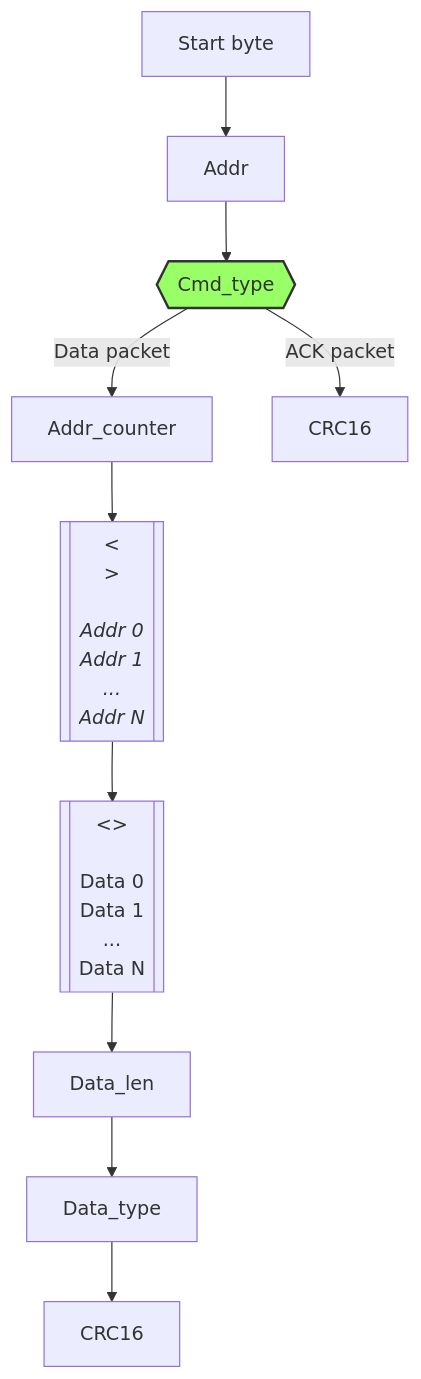
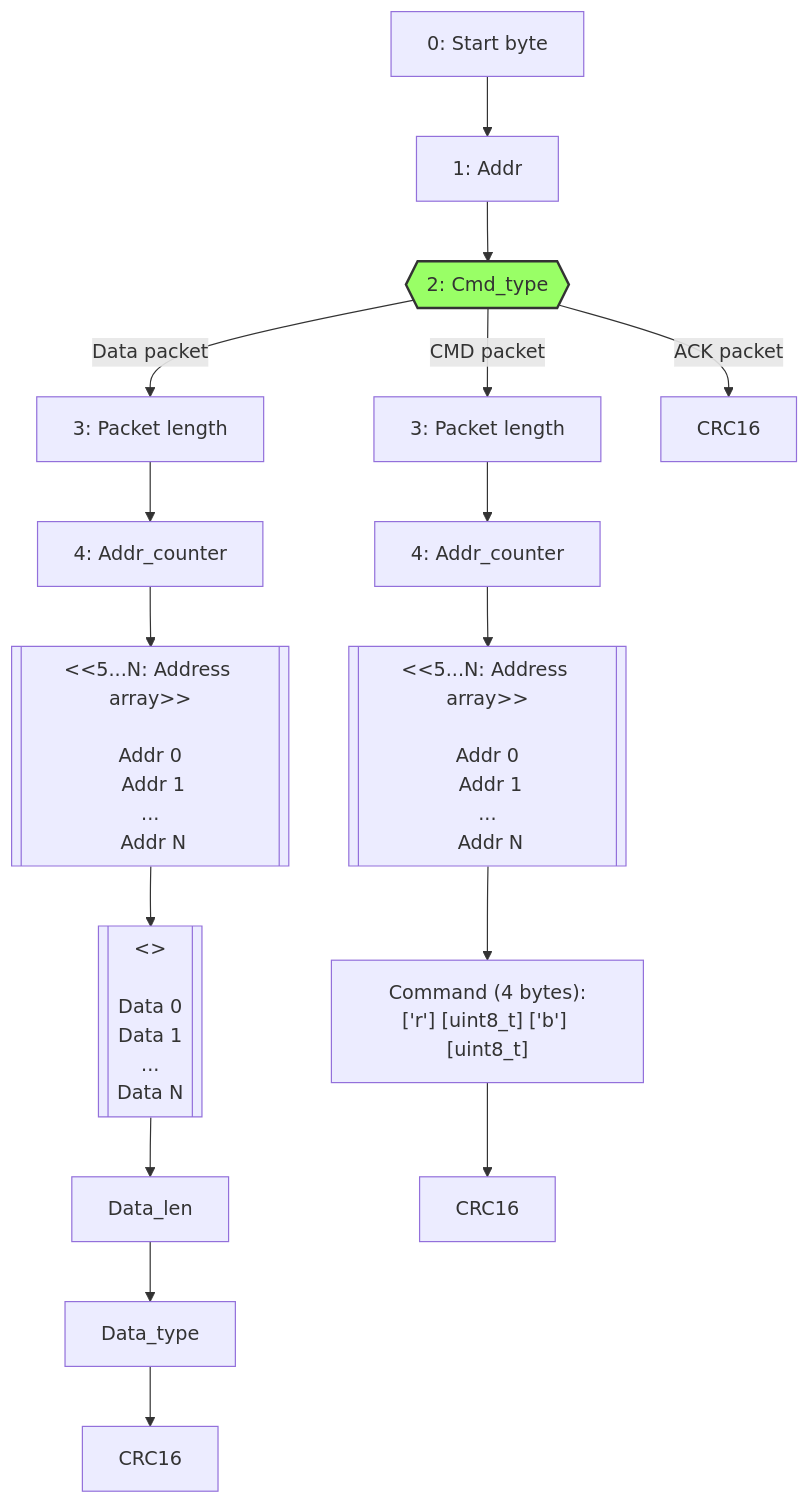
One commit to CrinitusFeles/STM32_LoRa changed the diagram in Documentation/Protocol.md. Above: the diagram before and after it, drawn with Mermaid. The commit also changed other lines of this file and 4 other files, not shown here.

Commit message:
add mermaid support for github

````diff
--- a/Documentation/Protocol.md
+++ b/Documentation/Protocol.md
@@ -3,22 +29,29 @@
-``` mermaid
+<div class="mermaid">
 graph TD;
-    st[Start byte]  -->     Addr;
-    Addr            -->     Cmd_type{{Cmd_type}};
-    Cmd_type        -->|Data packet| Addr_counter;
-    Addr_counter    -->     Addr_arr[[<<Address array>><br/><br/>Addr 0<br/> Addr 1<br/>...<br/> Addr N]]
+    st[0: Start byte]  -->     addr[1: Addr];
+    addr            -->     Cmd_type{{2: Cmd_type}};
+    Cmd_type        -->|Data packet| packet_len[3: Packet length];
+    
+    packet_len      -->     addr_counter[4: Addr_counter];
+    addr_counter    -->     Addr_arr[[<<5...N: Address array>><br/><br/>Addr 0<br/> Addr 1<br/>...<br/> Addr N]];
 
     Addr_arr        -->     Data_arr[[<<Data array>><br/><br/>Data 0<br/> Data 1<br/>...<br/>Data N]]
 
-    Data_arr        -->     Data_len;
+    Data_arr        -->     Data_len; 
     Data_len        -->     Data_type;
-    Data_type       -->     crc1[CRC16];
+    Data_type       -->     crc1[CRC16];    
+    
+    Cmd_type        -->|CMD packet| packet_len_cmd[3: Packet length];
+    packet_len_cmd      -->     addr_counter_cmd[4: Addr_counter];
+    addr_counter_cmd    -->     Addr_arr_cmd[[<<5...N: Address array>><br/><br/>Addr 0<br/> Addr 1<br/>...<br/> Addr N]];
+    Addr_arr_cmd        -->     cmd_r["Command (4 bytes):<br>['r'] [uint8_t] ['b'] [uint8_t]"]
+    cmd_r               -->     crc5[CRC16];
 
-    Cmd_type        -->     |ACK packet|crc2[CRC16]; 
-    
 
+        Cmd_type        -->     |ACK packet|crc2[CRC16]; 
 
 classDef green fill:#9f6,stroke:#333,stroke-width:2px;
 classDef orange fill:#f96,stroke:#333,stroke-width:4px;
 
 class Cmd_type green
-```
+</div>
````
